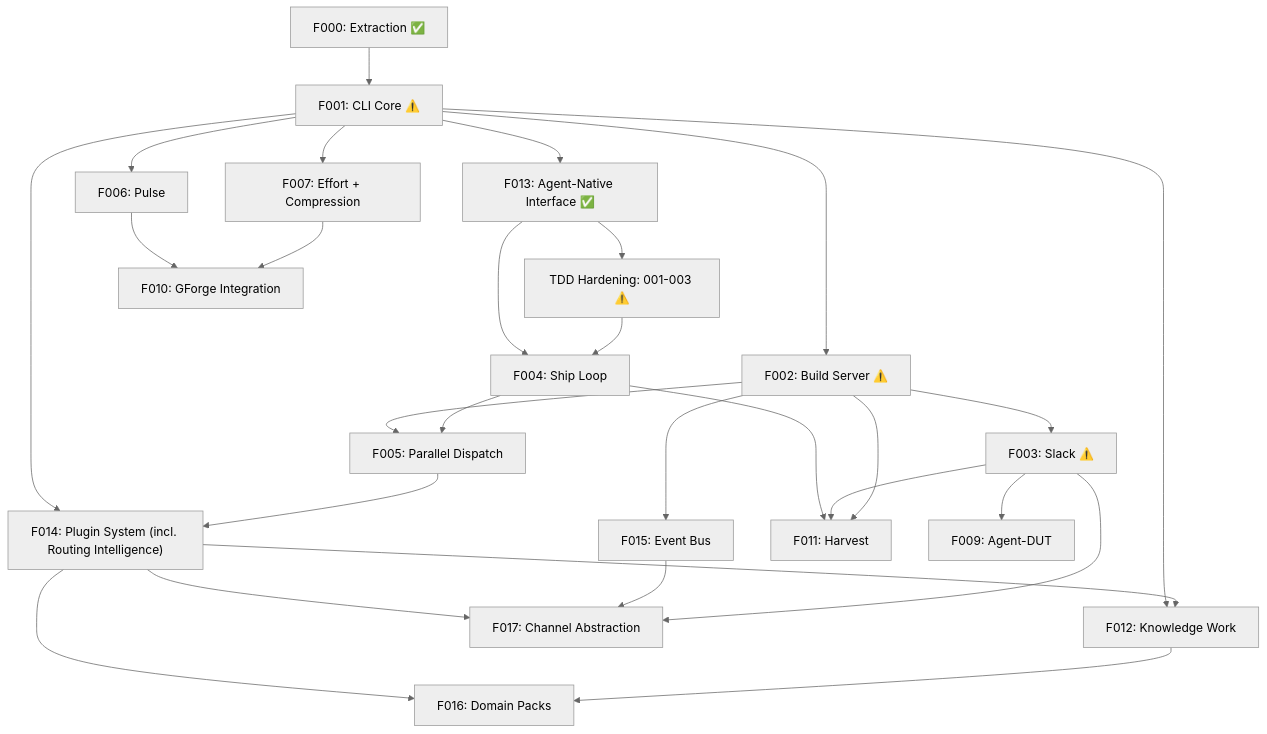
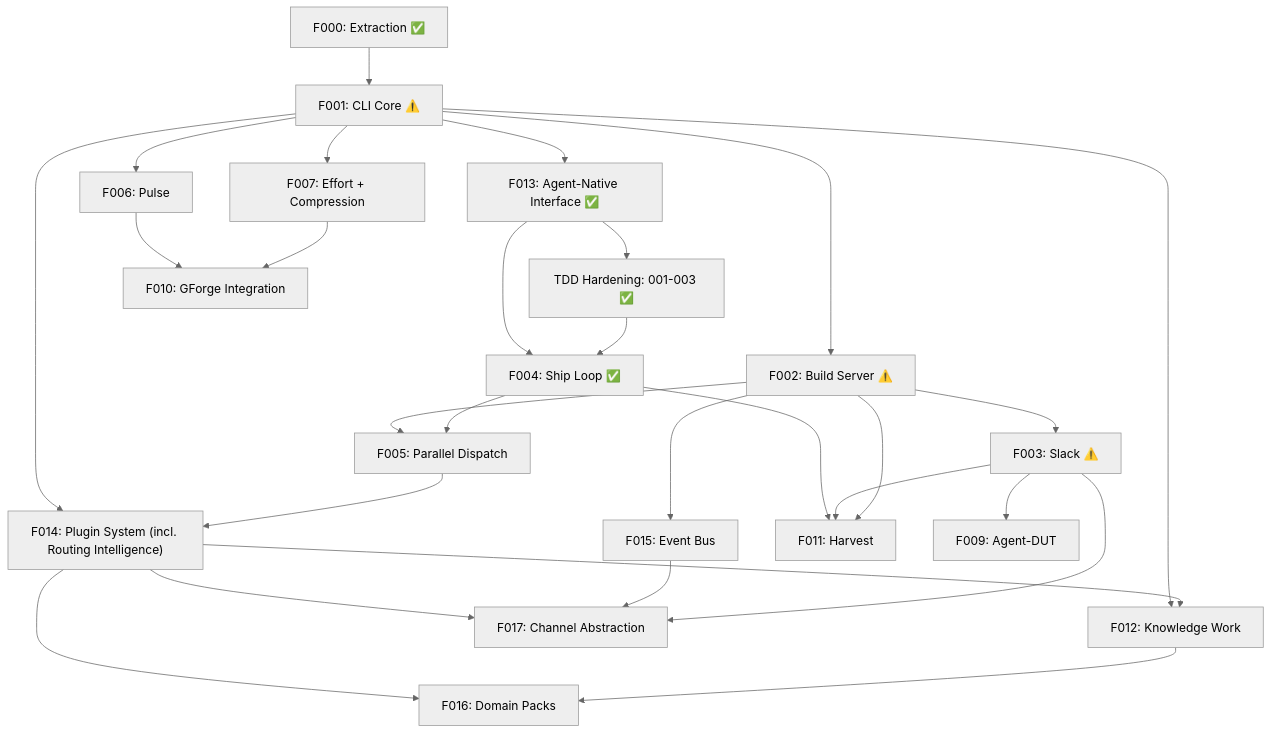
Before and after one commit to gforge-esc/gwrk: the diagram in specs/000-build-plan.md, drawn with Mermaid (neutral theme). The commit also changed other lines of this file and 19 other files, not shown here.

Commit message:
docs: Wave 4 alignment - Architecture v5.0, Spec remediation (F005, F011, F014), and research publication (R001, R002)

````diff
--- a/specs/000-build-plan.md
+++ b/specs/000-build-plan.md
@@ -24,30 +24,30 @@
 ```mermaid
 graph TD
     F000["F000: Extraction ✅"] --> F001["F001: CLI Core ⚠️"]
     F001 --> F013["F013: Agent-Native Interface ✅"]
     F001 --> F002["F002: Build Server ⚠️"]
     F001 --> F006["F006: Pulse"]
     F001 --> F007["F007: Effort + Compression"]
     F001 --> F012["F012: Knowledge Work"]
     F001 --> F014["F014: Plugin System (incl. Routing Intelligence)"]
     F002 --> F003["F003: Slack ⚠️"]
     F002 --> F005["F005: Parallel Dispatch"]
     F002 --> F015["F015: Event Bus"]
-    F013 --> TDD["TDD Hardening: 001-003 ⚠️"]
-    F013 --> F004["F004: Ship Loop"]
+    F013 --> TDD["TDD Hardening: 001-003 ✅"]
+    F013 --> F004["F004: Ship Loop ✅"]
     TDD --> F004
     F004 --> F005
     F004 --> F011["F011: Harvest"]
     F005 --> F014
     F003 --> F009["F009: Agent-DUT"]
     F003 --> F011
     F002 --> F011
     F006 --> F010["F010: GForge Integration"]
     F007 --> F010
     F014 --> F012
     F014 --> F016["F016: Domain Packs"]
     F014 --> F017["F017: Channel Abstraction"]
     F015 --> F017
     F003 --> F017
     F012 --> F016
 ```
````
